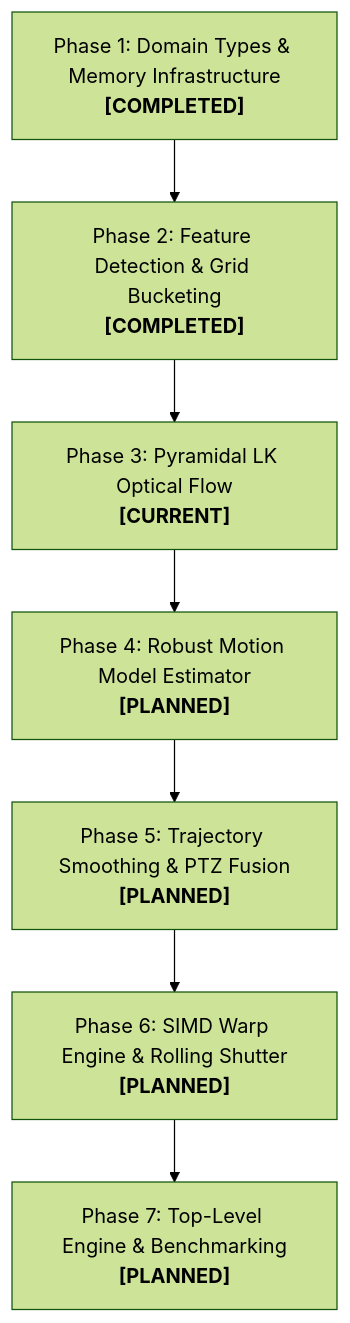
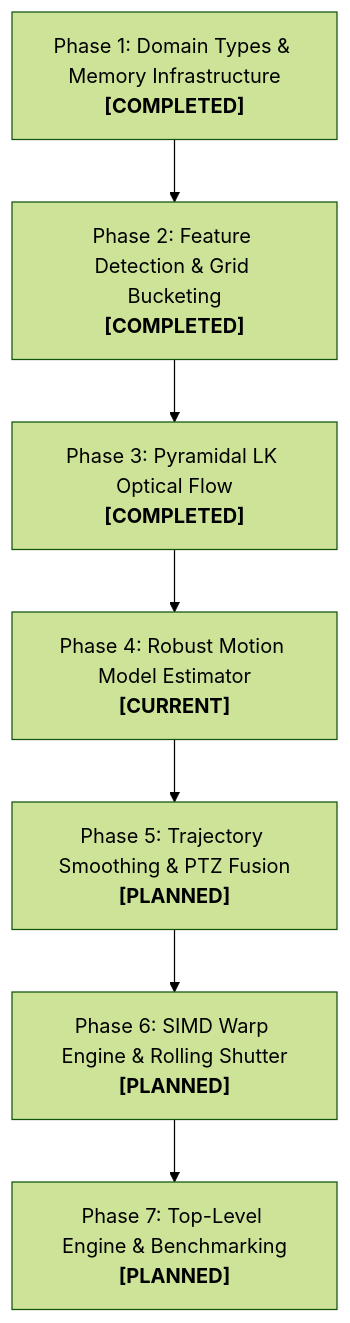
The third of 3 diagrams in docs/stabilizer_implementation_plan.md (svagionitis/PelcoD-Controller), drawn with Mermaid (forest theme) before and after one commit. The commit also changed other lines of this file and 6 other files, not shown here.

````diff
--- a/docs/stabilizer_implementation_plan.md
+++ b/docs/stabilizer_implementation_plan.md
@@ -345,9 +345,9 @@
 ```mermaid
 flowchart TD
     P1["Phase 1: Domain Types & Memory Infrastructure<br/><b>[COMPLETED]</b>"] --> P2["Phase 2: Feature Detection & Grid Bucketing<br/><b>[COMPLETED]</b>"]
-    P2 --> P3["Phase 3: Pyramidal LK Optical Flow<br/><b>[CURRENT]</b>"]
-    P3 --> P4["Phase 4: Robust Motion Model Estimator<br/><b>[PLANNED]</b>"]
+    P2 --> P3["Phase 3: Pyramidal LK Optical Flow<br/><b>[COMPLETED]</b>"]
+    P3 --> P4["Phase 4: Robust Motion Model Estimator<br/><b>[CURRENT]</b>"]
     P4 --> P5["Phase 5: Trajectory Smoothing & PTZ Fusion<br/><b>[PLANNED]</b>"]
     P5 --> P6["Phase 6: SIMD Warp Engine & Rolling Shutter<br/><b>[PLANNED]</b>"]
     P6 --> P7["Phase 7: Top-Level Engine & Benchmarking<br/><b>[PLANNED]</b>"]
 ```
````
